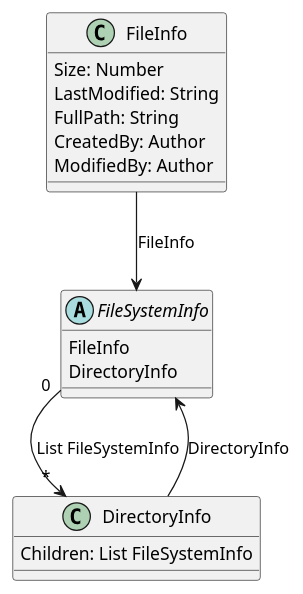
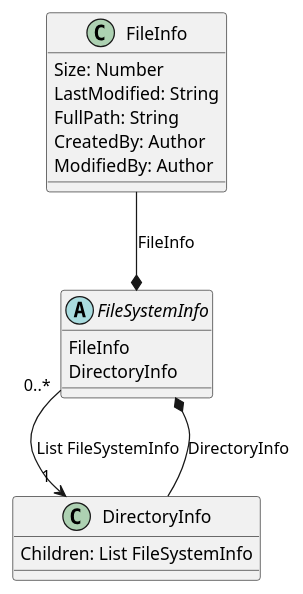
The diagram in Examples/output/v0.0.1/FileSystem/FileSystem.puml (Baudin999/car-lang), drawn with PlantUML before and after one commit. The commit also changed 56 other files, not shown here.

```diff
--- a/Examples/output/v0.0.1/FileSystem/FileSystem.puml
+++ b/Examples/output/v0.0.1/FileSystem/FileSystem.puml
@@ -1,17 +1,17 @@
 class "FileInfo" as FileInfo  {
 	Size: Number 
 	LastModified: String 
 	FullPath: String 
 	CreatedBy: Author 
 	ModifiedBy: Author 
 }
 class "DirectoryInfo" as DirectoryInfo  {
 	Children: List FileSystemInfo
 }
-FileSystemInfo "0" --> "*" DirectoryInfo : List FileSystemInfo
+FileSystemInfo "0..*" --> "1" DirectoryInfo : List FileSystemInfo
 abstract "FileSystemInfo" as FileSystemInfo {
 	FileInfo 
 	DirectoryInfo 
 }
-FileInfo --> FileSystemInfo : FileInfo
-DirectoryInfo --> FileSystemInfo : DirectoryInfo
+FileInfo --* FileSystemInfo : FileInfo
+DirectoryInfo --* FileSystemInfo : DirectoryInfo
```
